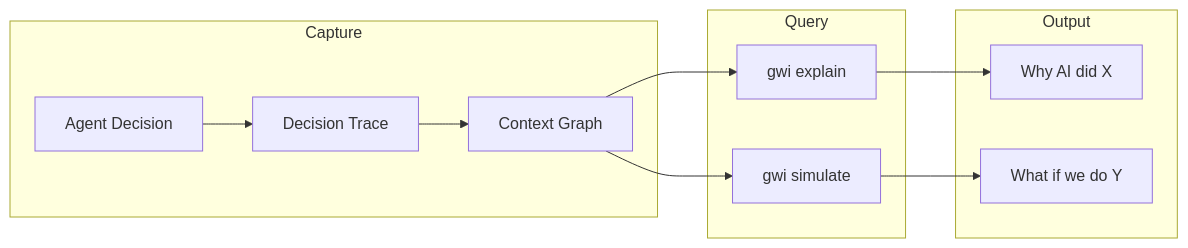
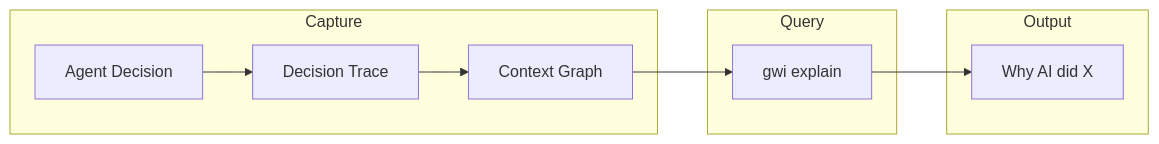
Before and after one commit to intent-solutions-io/iam-git-with-intent: the tenth of 14 diagrams in README.md, drawn with Mermaid. The commit also changed other lines of this file, not shown here.

````diff
--- a/README.md
+++ b/README.md
@@ -333,17 +418,15 @@
 ```mermaid
 flowchart LR
     subgraph Capture
         A[Agent Decision] --> B[Decision Trace]
         B --> C[Context Graph]
     end
 
     subgraph Query
         C --> D[gwi explain]
-        C --> E[gwi simulate]
     end
 
     subgraph Output
-        D --> F[Why AI did X]
-        E --> G[What if we do Y]
+        D --> E[Why AI did X]
     end
 ```
````
